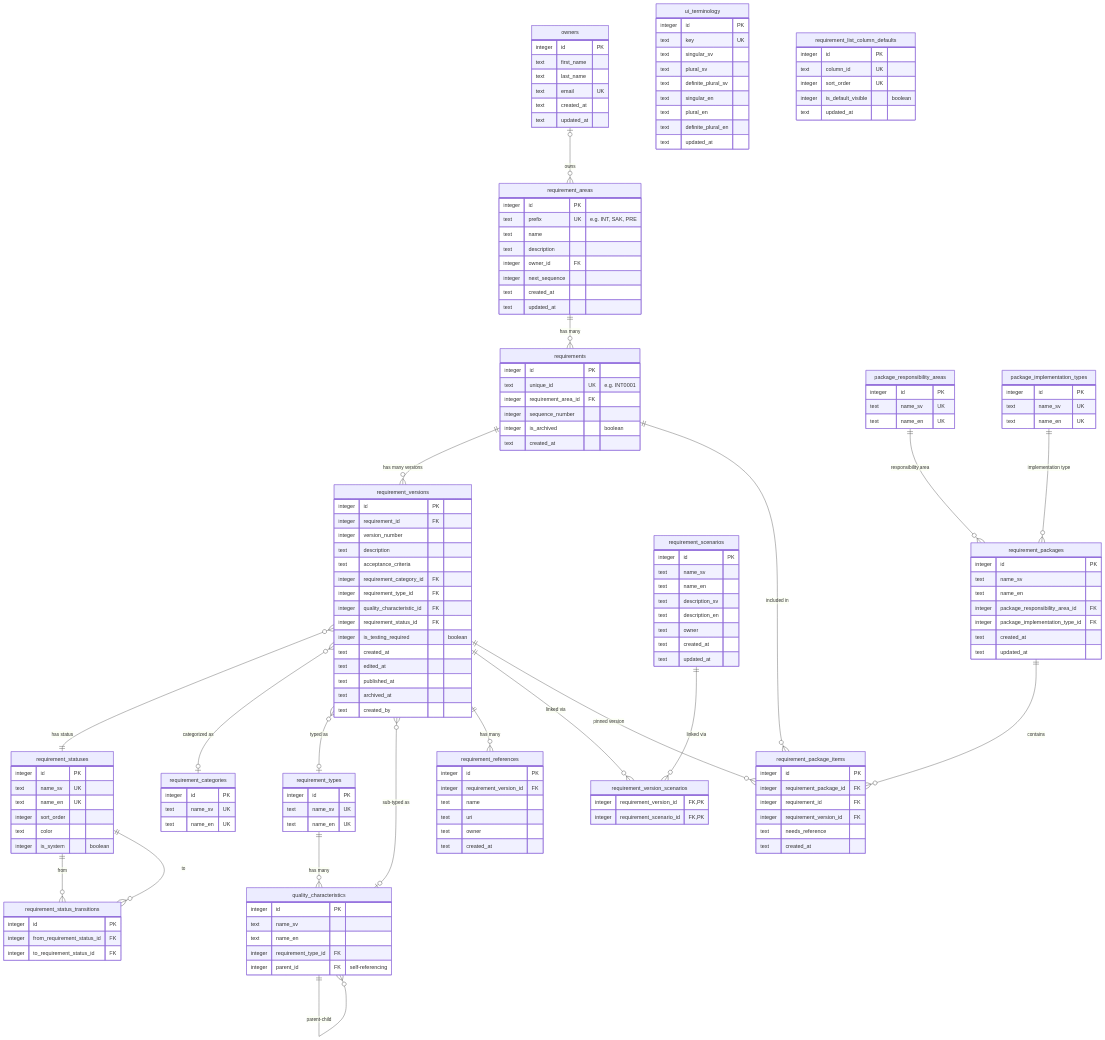
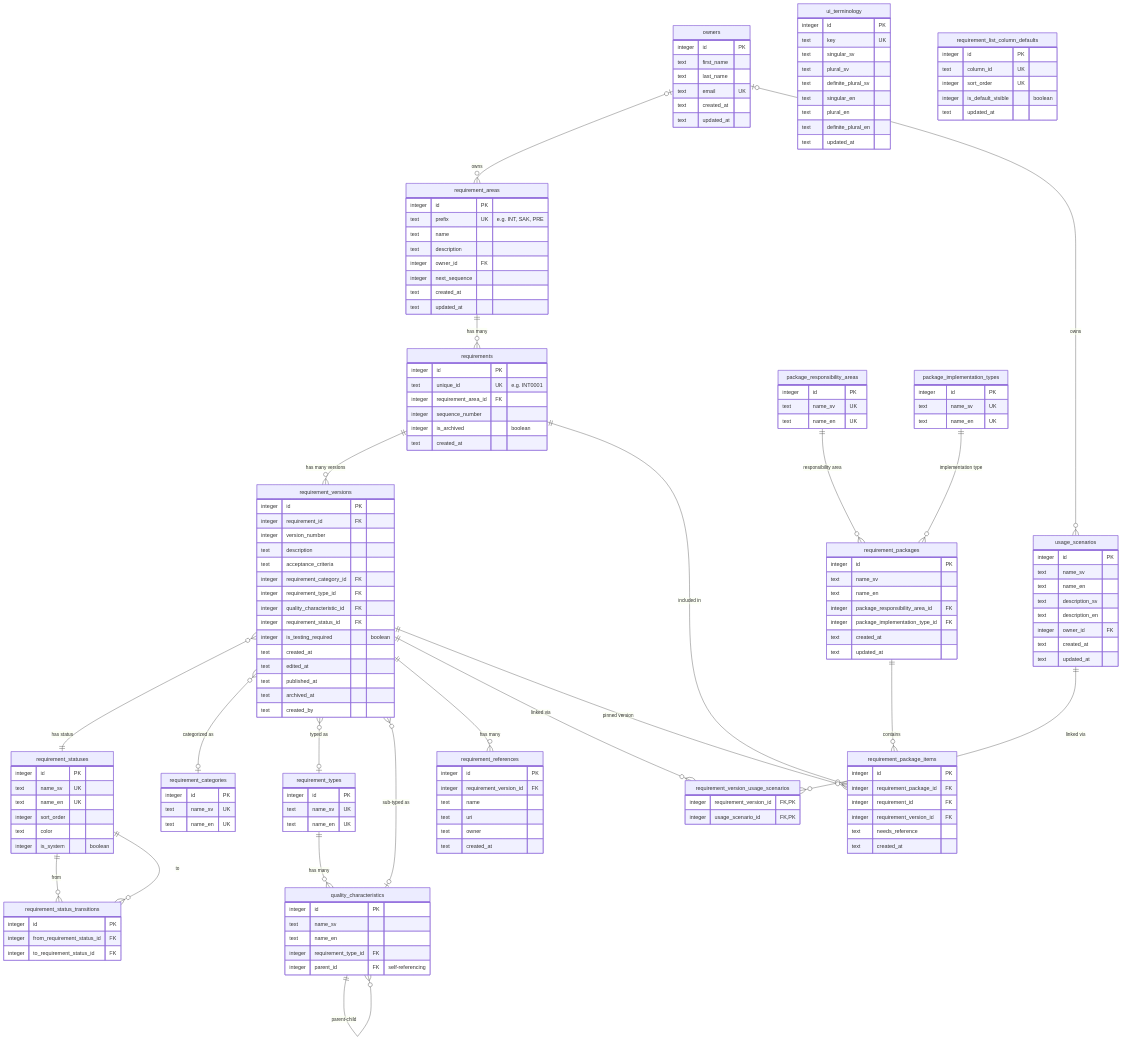
Before and after one commit to viscalyx/Kravhantering: the first of 2 diagrams in docs/database-schema.md, drawn with Mermaid. The commit also changed other lines of this file and 35 other files, not shown here.

First line of the commit message:
Refactor requirement scenarios to usage scenarios

```diff
--- a/docs/database-schema.md
+++ b/docs/database-schema.md
@@ -201,20 +201,20 @@
         text created_at
     }
 
-    requirement_scenarios {
+    usage_scenarios {
         integer id PK
         text name_sv
         text name_en
         text description_sv
         text description_en
-        text owner
+        integer owner_id FK
         text created_at
         text updated_at
     }
 
-    requirement_version_scenarios {
+    requirement_version_usage_scenarios {
         integer requirement_version_id FK, PK
-        integer requirement_scenario_id FK, PK
+        integer usage_scenario_id FK, PK
     }
 
     package_responsibility_areas {
@@ -257,8 +257,9 @@
     requirement_versions }o--o| requirement_types : "typed as"
     requirement_versions }o--o| quality_characteristics : "sub-typed as"
     requirement_versions ||--o{ requirement_references : "has many"
-    requirement_versions ||--o{ requirement_version_scenarios : "linked via"
-    requirement_scenarios ||--o{ requirement_version_scenarios : "linked via"
+    requirement_versions ||--o{ requirement_version_usage_scenarios : "linked via"
+    usage_scenarios ||--o{ requirement_version_usage_scenarios : "linked via"
+    owners |o--o{ usage_scenarios : "owns"
     requirement_types ||--o{ quality_characteristics : "has many"
     quality_characteristics ||--o{ quality_characteristics : "parent-child"
     requirement_statuses ||--o{ requirement_status_transitions : "from"
```
